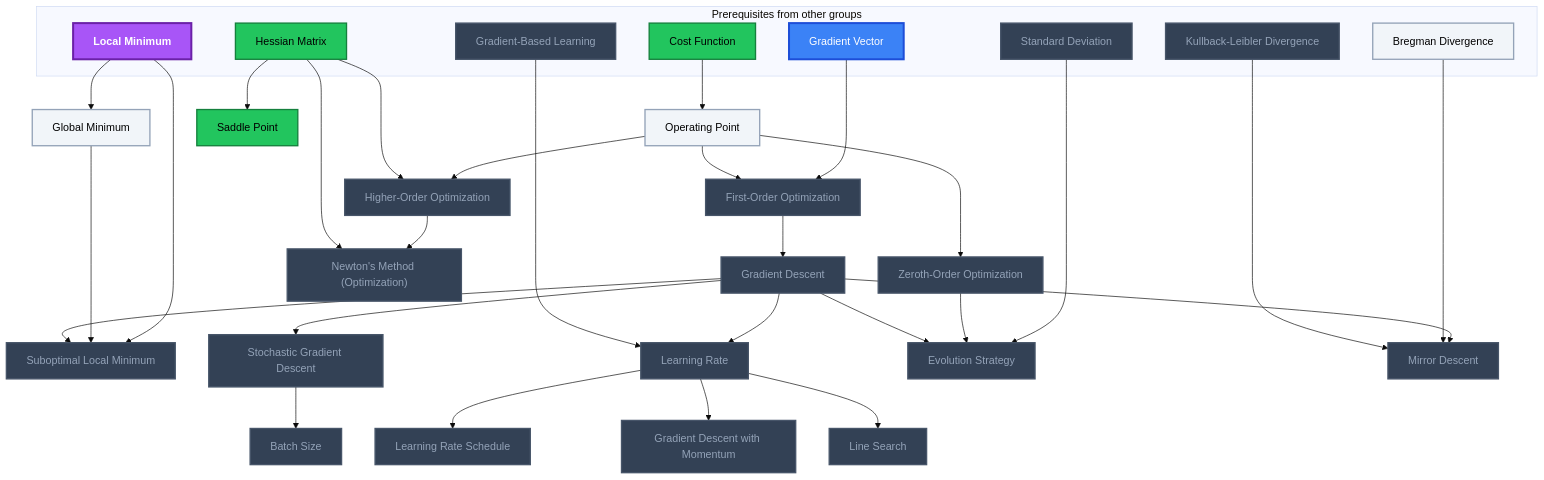
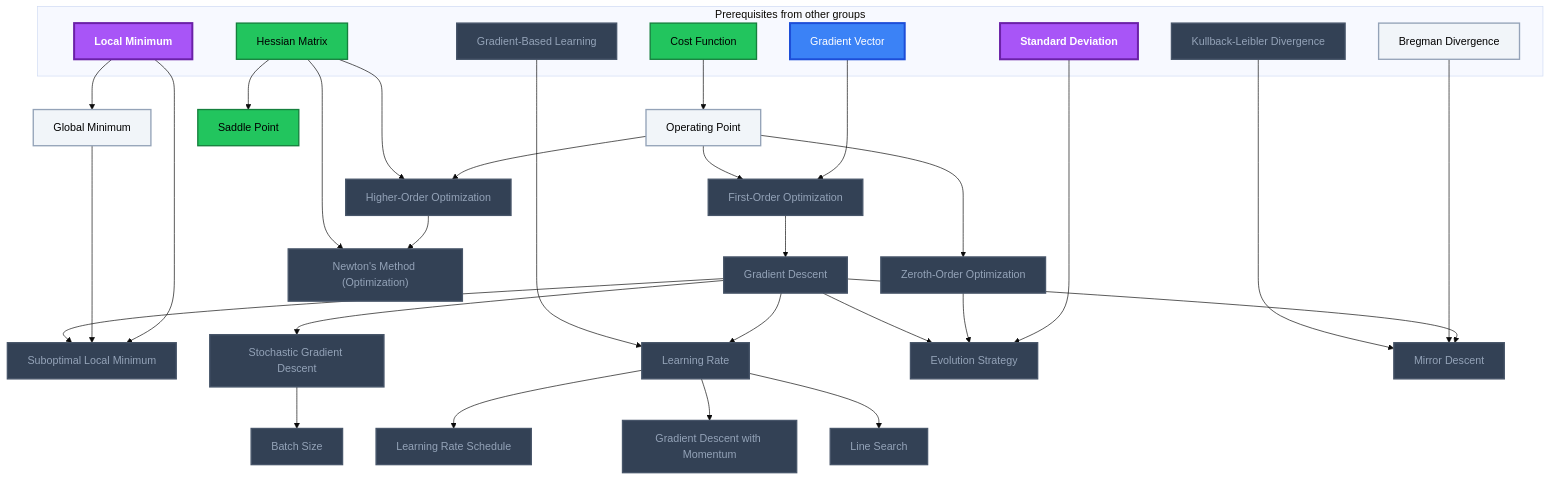
Before and after one commit to MRauf1/My-Notes: the second of 2 diagrams in Gamification/Skill Trees/Optimization.md, drawn with Mermaid (base theme). The commit also changed other lines of this file and 73 other files, not shown here.

````diff
--- a/Gamification/Skill Trees/Optimization.md
+++ b/Gamification/Skill Trees/Optimization.md
@@ -44,72 +43,72 @@
 ```mermaid
 flowchart TD
     classDef planned fill:#1E293B,stroke:#64748B,stroke-width:2px,stroke-dasharray:5 5,color:#94A3B8;
     classDef locked fill:#334155,stroke:#475569,stroke-width:2px,color:#94A3B8;
     classDef L0 fill:#F1F5F9,stroke:#94A3B8,stroke-width:2px,color:#000000;
     classDef L1 fill:#22C55E,stroke:#15803D,stroke-width:2px,color:#000000;
     classDef L2 fill:#3B82F6,stroke:#1D4ED8,stroke-width:3px,color:#FFFFFF;
     classDef L3 fill:#A855F7,stroke:#6B21A8,stroke-width:3px,color:#FFFFFF,font-weight:bold;
     classDef L4 fill:#F97316,stroke:#C2410C,stroke-width:4px,color:#000000,font-weight:bold;
     classDef L5 fill:#FFD700,stroke:#FF8C00,stroke-width:5px,color:#000000,font-weight:bold;
     classDef rusty stroke:#8B4513,stroke-width:4px,stroke-dasharray:3 3;
     subgraph sg_prereqs["Prerequisites from other groups"]
         n_cost_function["Cost Function"]
         n_gradient_vector["Gradient Vector"]
         n_hessian_matrix["Hessian Matrix"]
         n_gradient_based_learning["Gradient-Based Learning"]
         n_local_minimum["Local Minimum"]
         n_standard_deviation["Standard Deviation"]
         n_bregman_divergence["Bregman Divergence"]
         n_kullback_leibler_divergence["Kullback-Leibler Divergence"]
     end
     n_operating_point["Operating Point"]
     n_zeroth_order_optimization["Zeroth-Order Optimization"]
     n_first_order_optimization["First-Order Optimization"]
     n_higher_order_optimization["Higher-Order Optimization"]
     n_global_minimum["Global Minimum"]
     n_suboptimal_local_minimum["Suboptimal Local Minimum"]
     n_saddle_point["Saddle Point"]
     n_gradient_descent["Gradient Descent"]
     n_learning_rate["Learning Rate"]
     n_learning_rate_schedule["Learning Rate Schedule"]
     n_stochastic_gradient_descent["Stochastic Gradient Descent"]
     n_batch_size["Batch Size"]
     n_gradient_descent_with_momentum["Gradient Descent with Momentum"]
     n_line_search["Line Search"]
     n_newton_s_method_optimization["Newton's Method (Optimization)"]
     n_evolution_strategy["Evolution Strategy"]
     n_mirror_descent["Mirror Descent"]
     n_cost_function --> n_operating_point
     n_operating_point --> n_zeroth_order_optimization
     n_gradient_vector --> n_first_order_optimization
     n_operating_point --> n_first_order_optimization
     n_operating_point --> n_higher_order_optimization
     n_hessian_matrix --> n_higher_order_optimization
     n_first_order_optimization --> n_gradient_descent
     n_gradient_descent --> n_learning_rate
     n_gradient_based_learning --> n_learning_rate
     n_learning_rate --> n_learning_rate_schedule
     n_gradient_descent --> n_stochastic_gradient_descent
     n_stochastic_gradient_descent --> n_batch_size
     n_learning_rate --> n_gradient_descent_with_momentum
     n_local_minimum --> n_suboptimal_local_minimum
     n_global_minimum --> n_suboptimal_local_minimum
     n_gradient_descent --> n_suboptimal_local_minimum
     n_standard_deviation --> n_evolution_strategy
     n_zeroth_order_optimization --> n_evolution_strategy
     n_gradient_descent --> n_evolution_strategy
     n_local_minimum --> n_global_minimum
     n_hessian_matrix --> n_saddle_point
     n_higher_order_optimization --> n_newton_s_method_optimization
     n_hessian_matrix --> n_newton_s_method_optimization
     n_learning_rate --> n_line_search
     n_gradient_descent --> n_mirror_descent
     n_bregman_divergence --> n_mirror_descent
     n_kullback_leibler_divergence --> n_mirror_descent
-    class n_gradient_based_learning,n_standard_deviation,n_kullback_leibler_divergence,n_zeroth_order_optimization,n_first_order_optimization,n_higher_order_optimization,n_suboptimal_local_minimum,n_gradient_descent,n_learning_rate,n_learning_rate_schedule,n_stochastic_gradient_descent,n_batch_size,n_gradient_descent_with_momentum,n_line_search,n_newton_s_method_optimization,n_evolution_strategy,n_mirror_descent locked;
+    class n_gradient_based_learning,n_kullback_leibler_divergence,n_zeroth_order_optimization,n_first_order_optimization,n_higher_order_optimization,n_suboptimal_local_minimum,n_gradient_descent,n_learning_rate,n_learning_rate_schedule,n_stochastic_gradient_descent,n_batch_size,n_gradient_descent_with_momentum,n_line_search,n_newton_s_method_optimization,n_evolution_strategy,n_mirror_descent locked;
     class n_bregman_divergence,n_operating_point,n_global_minimum L0;
     class n_cost_function,n_hessian_matrix,n_saddle_point L1;
     class n_gradient_vector L2;
-    class n_local_minimum L3;
+    class n_local_minimum,n_standard_deviation L3;
     class n_cost_function,n_gradient_vector,n_hessian_matrix,n_gradient_based_learning,n_local_minimum,n_standard_deviation,n_bregman_divergence,n_kullback_leibler_divergence,n_operating_point,n_zeroth_order_optimization,n_first_order_optimization,n_higher_order_optimization,n_global_minimum,n_suboptimal_local_minimum,n_saddle_point,n_gradient_descent,n_learning_rate,n_learning_rate_schedule,n_stochastic_gradient_descent,n_batch_size,n_gradient_descent_with_momentum,n_line_search,n_newton_s_method_optimization,n_evolution_strategy,n_mirror_descent internal-link;
 ```
````
